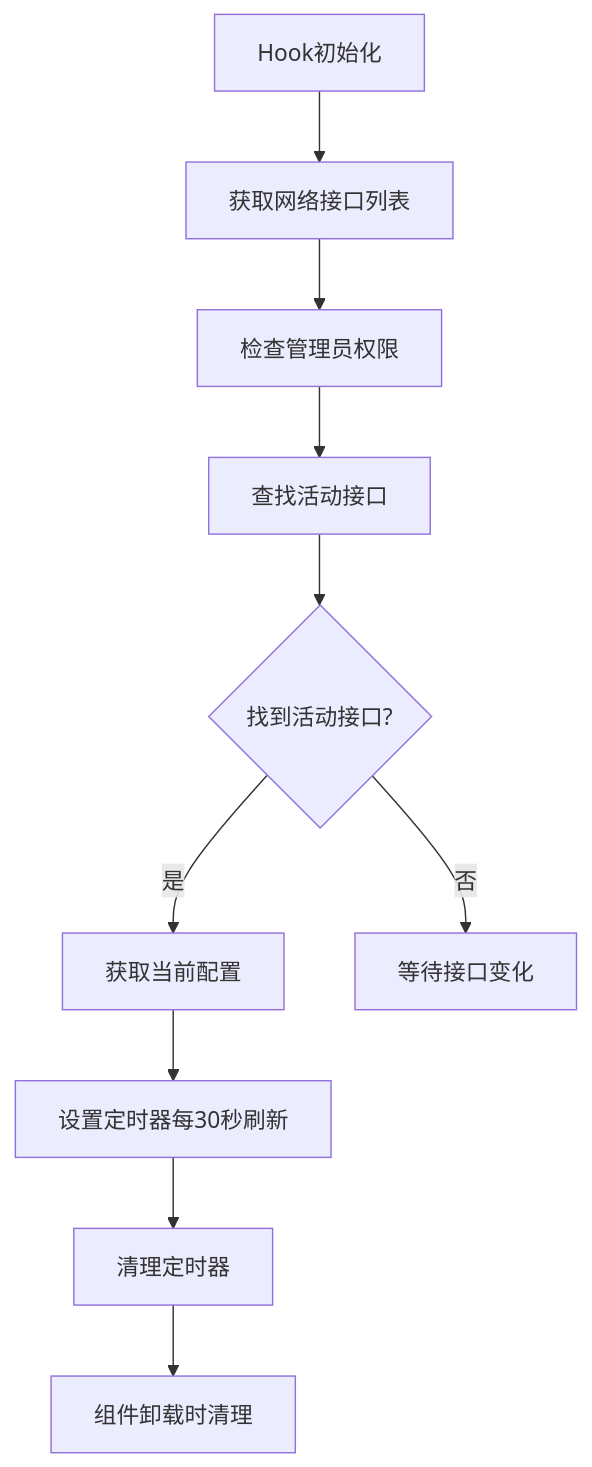
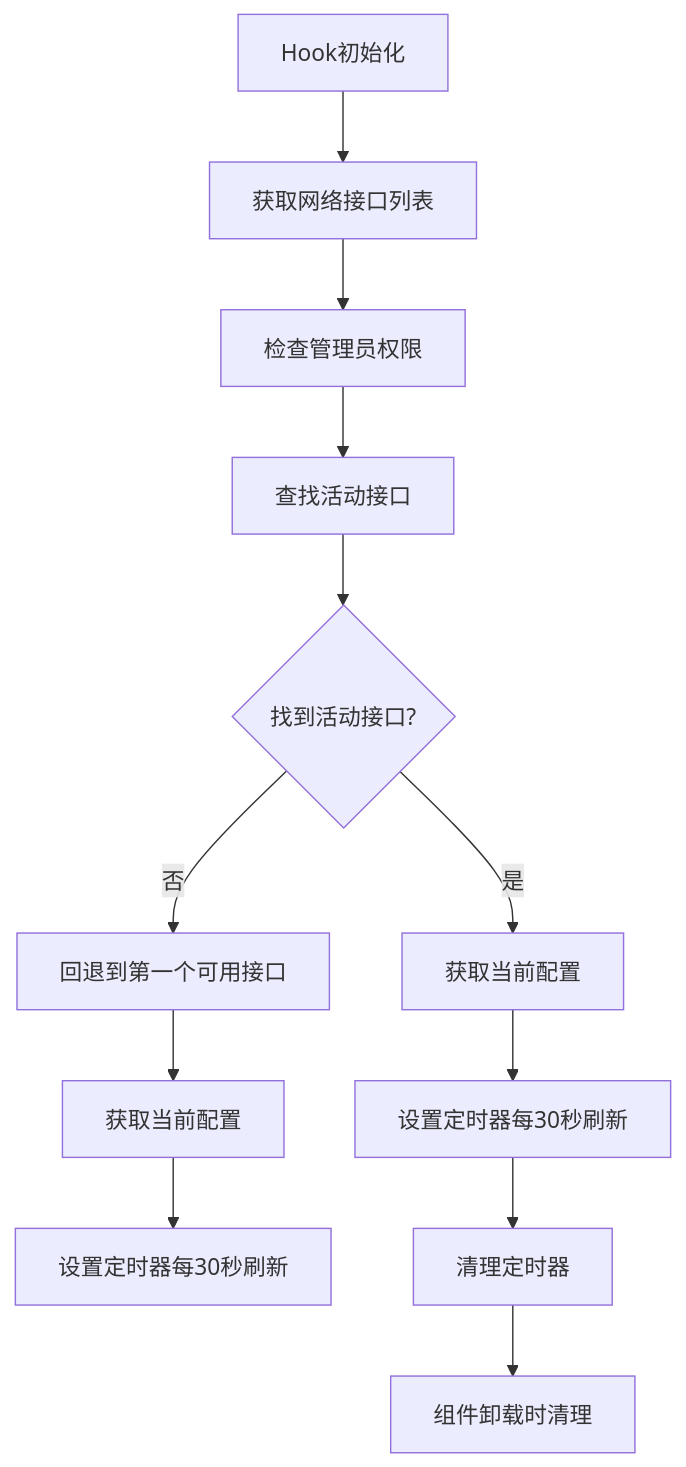
Before and after one commit to xdongliang/IPSwitcher: the fifth of 10 diagrams in .qoder/repowiki/zh/content/前端开发指南/自定义Hooks设计.md, drawn with Mermaid. The commit also changed other lines of this file and 12 other files, not shown here.

````diff
--- a/.qoder/repowiki/zh/content/前端开发指南/自定义Hooks设计.md
+++ b/.qoder/repowiki/zh/content/前端开发指南/自定义Hooks设计.md
@@ -212,12 +220,14 @@
 ```mermaid
 flowchart TD
 A[Hook初始化] --> B[获取网络接口列表]
 B --> C[检查管理员权限]
 C --> D[查找活动接口]
 D --> E{找到活动接口?}
 E --> |是| F[获取当前配置]
 F --> G[设置定时器每30秒刷新]
-E --> |否| H[等待接口变化]
-G --> I[清理定时器]
-I --> J[组件卸载时清理]
+E --> |否| H[回退到第一个可用接口]
+H --> I[获取当前配置]
+I --> J[设置定时器每30秒刷新]
+G --> K[清理定时器]
+K --> L[组件卸载时清理]
 ```
````
